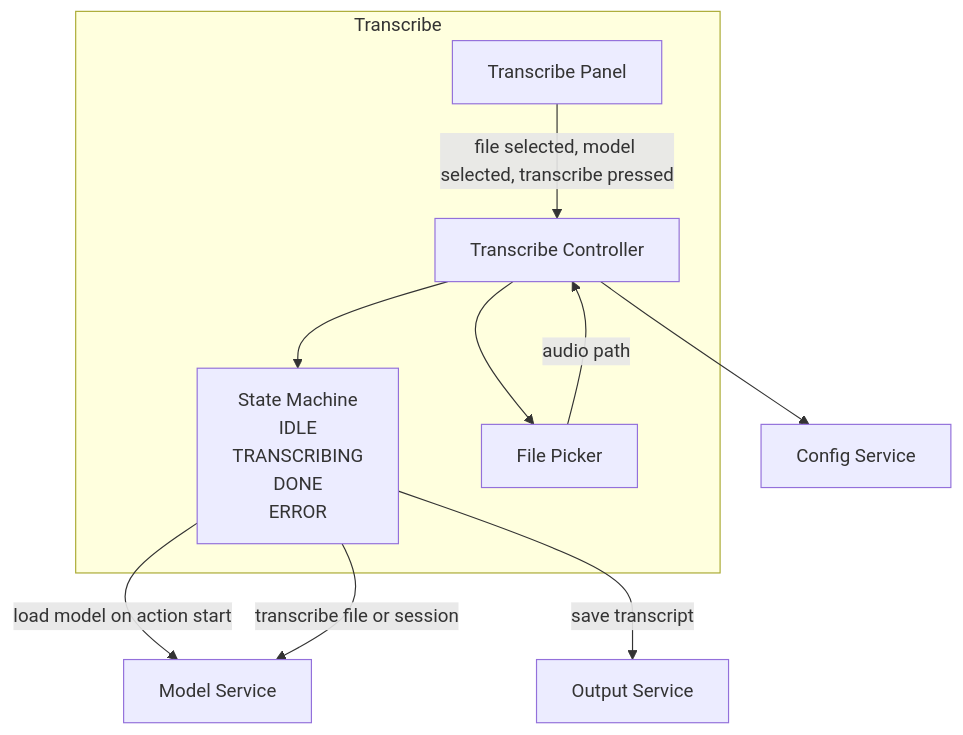
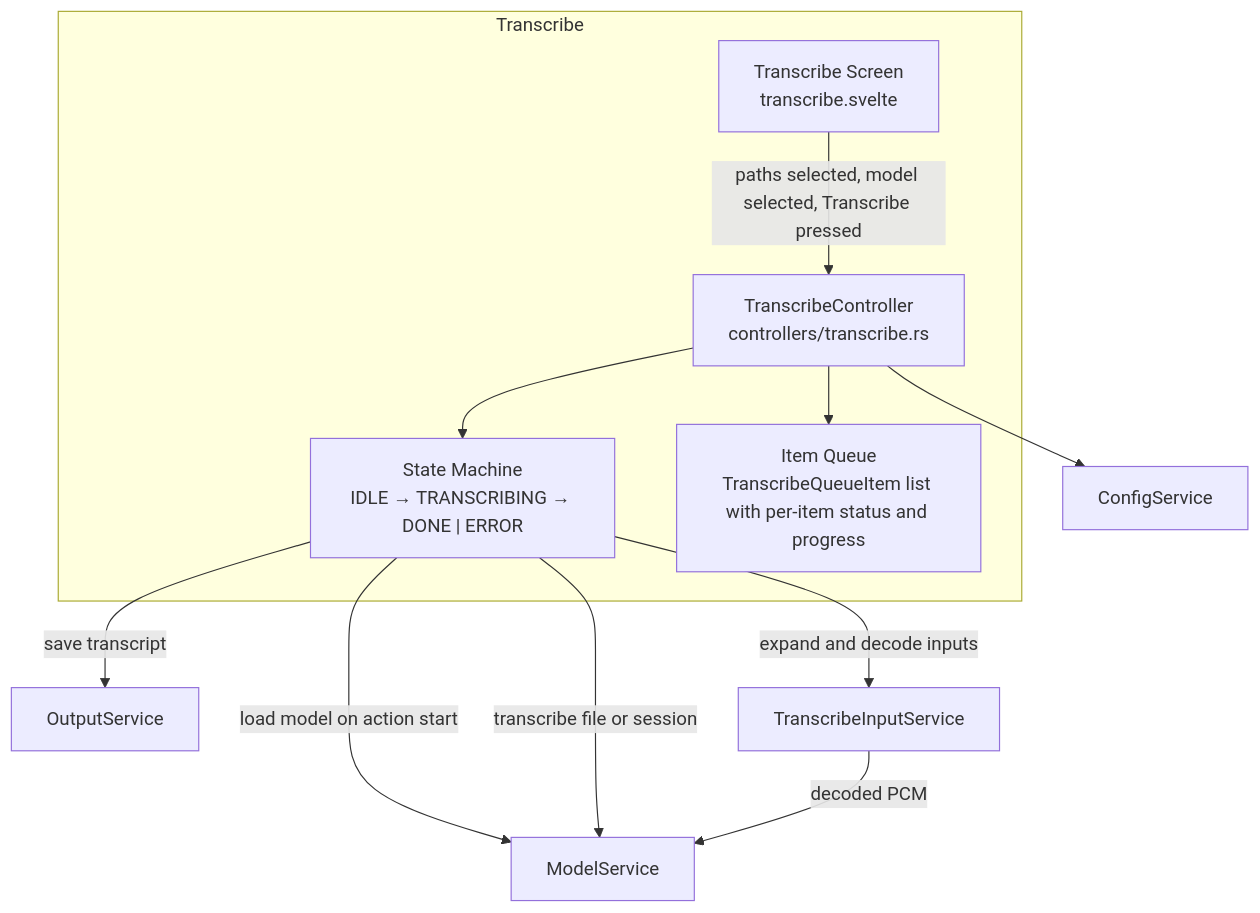
The eighth of 10 diagrams in context/architecture.md (Lenniott/scribeFloat), drawn with Mermaid before and after one commit. The commit also changed other lines of this file and 3 other files, not shown here.

First line of the commit message:
Add README, PRIVACY policy, LICENSE and update C4 architecture diagrams

````diff
--- a/context/architecture.md
+++ b/context/architecture.md
@@ -297,22 +390,24 @@
 ```mermaid
 graph TB
     subgraph transcribe["Transcribe"]
-        panel["Transcribe Panel"]
-        controller["Transcribe Controller"]
-        state["State Machine\nIDLE\nTRANSCRIBING\nDONE\nERROR"]
-        file_picker["File Picker"]
+        panel["Transcribe Screen\ntranscribe.svelte"]
+        controller["TranscribeController\ncontrollers/transcribe.rs"]
+        state["State Machine\nIDLE → TRANSCRIBING → DONE | ERROR"]
+        queue["Item Queue\nTranscribeQueueItem list with per-item status and progress"]
     end
 
-    model["Model Service"]
-    output["Output Service"]
-    config["Config Service"]
+    svc_model["ModelService"]
+    svc_output["OutputService"]
+    svc_config["ConfigService"]
+    svc_transcribe_input["TranscribeInputService"]
 
-    panel -->|"file selected, model selected, transcribe pressed"| controller
+    panel -->|"paths selected, model selected, Transcribe pressed"| controller
     controller --> state
-    controller --> file_picker
-    state -->|"load model on action start"| model
-    state -->|"transcribe file or session"| model
-    state -->|"save transcript"| output
-    controller --> config
-    file_picker -->|"audio path"| controller
+    controller --> queue
+    state -->|"expand and decode inputs"| svc_transcribe_input
+    state -->|"load model on action start"| svc_model
+    state -->|"transcribe file or session"| svc_model
+    state -->|"save transcript"| svc_output
+    controller --> svc_config
+    svc_transcribe_input -->|"decoded PCM"| svc_model
 ```
````
